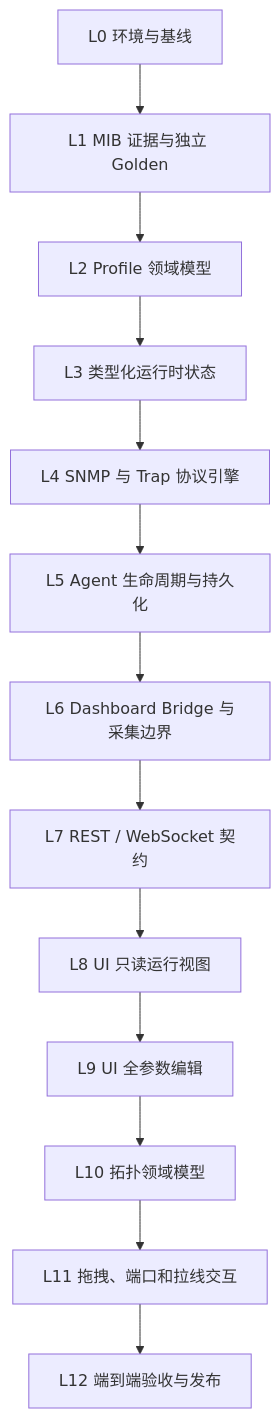
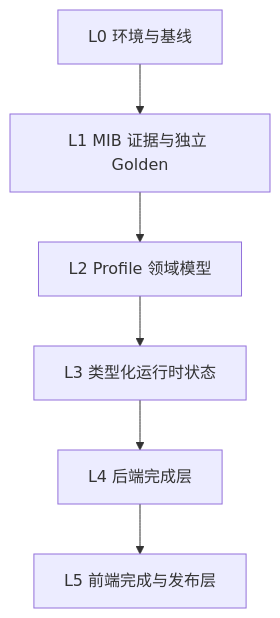
Before and after one commit to shadowwider/kvm-dashboard: the diagram in docs/simulator/LAYERED_DEVELOPMENT_PLAN.md, drawn with Mermaid. The commit also changed other lines of this file and 22 other files, not shown here.

````diff
--- a/docs/simulator/LAYERED_DEVELOPMENT_PLAN.md
+++ b/docs/simulator/LAYERED_DEVELOPMENT_PLAN.md
@@ -23,15 +25,8 @@
 ```mermaid
 flowchart TD
     L0["L0 环境与基线"] --> L1["L1 MIB 证据与独立 Golden"]
     L1 --> L2["L2 Profile 领域模型"]
     L2 --> L3["L3 类型化运行时状态"]
-    L3 --> L4["L4 SNMP 与 Trap 协议引擎"]
-    L4 --> L5["L5 Agent 生命周期与持久化"]
-    L5 --> L6["L6 Dashboard Bridge 与采集边界"]
-    L6 --> L7["L7 REST / WebSocket 契约"]
-    L7 --> L8["L8 UI 只读运行视图"]
-    L8 --> L9["L9 UI 全参数编辑"]
-    L9 --> L10["L10 拓扑领域模型"]
-    L10 --> L11["L11 拖拽、端口和拉线交互"]
-    L11 --> L12["L12 端到端验收与发布"]
+    L3 --> L4["L4 后端完成层"]
+    L4 --> L5["L5 前端完成与发布层"]
 ```
````
